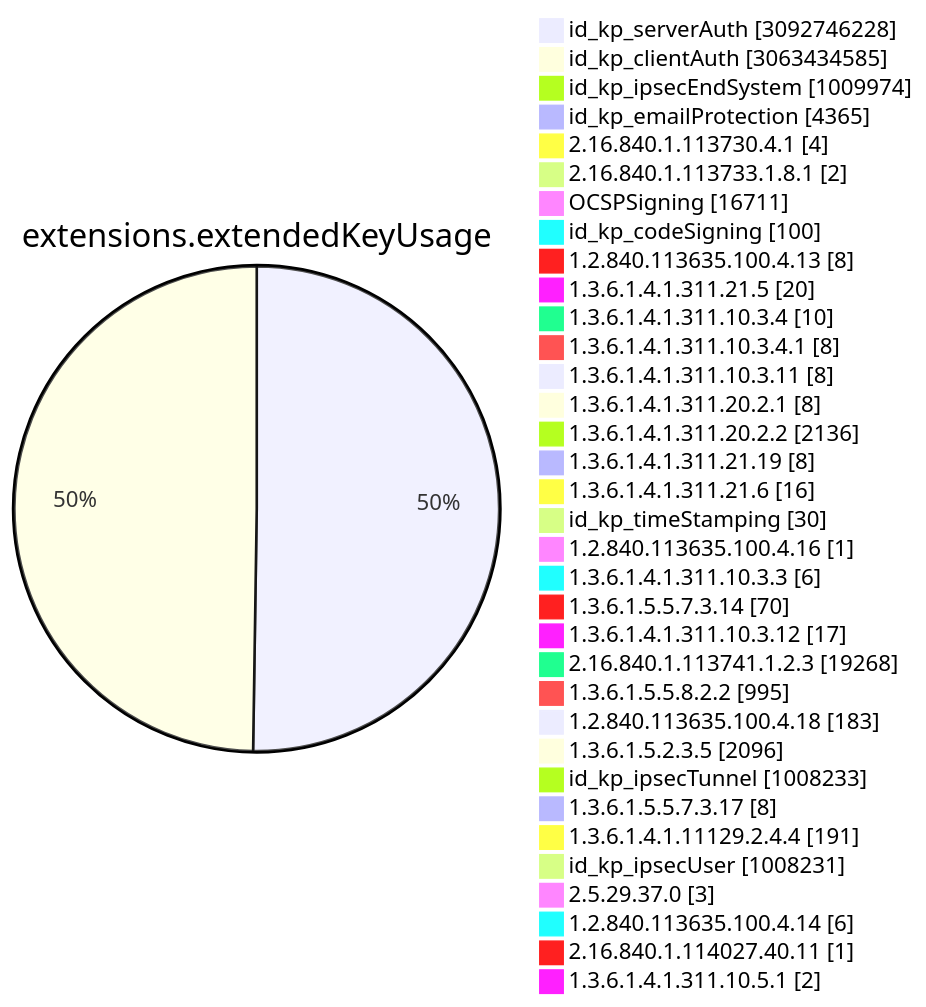
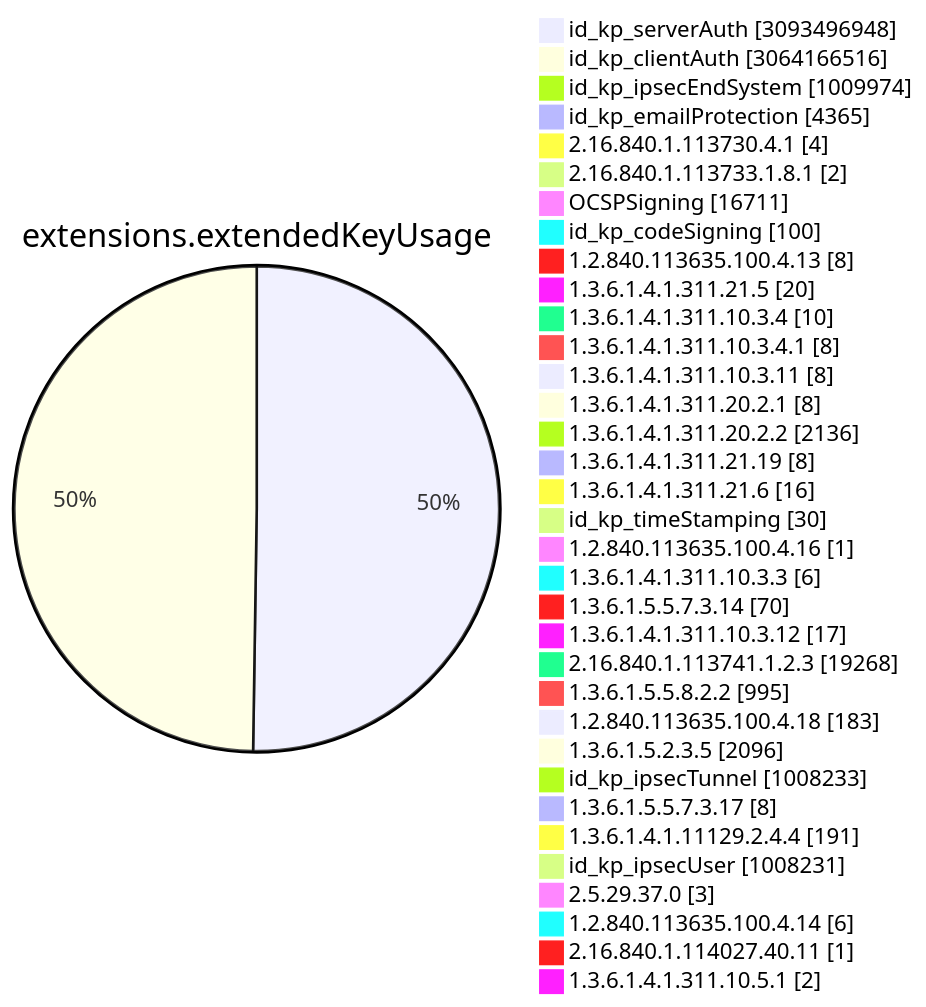
Diagram 11 of 15 in TOTAL/README.md (christiankrug/ctmonitor_visualization), drawn with Mermaid before and after one commit. The commit also changed other lines of this file, not shown here.

````diff
--- a/TOTAL/README.md
+++ b/TOTAL/README.md
@@ -4117,38 +4117,38 @@
 ```mermaid
 pie showData
 title extensions.extendedKeyUsage
-"id_kp_serverAuth" :3092746228
-"id_kp_clientAuth" :3063434585
+"id_kp_serverAuth" :3093496948
+"id_kp_clientAuth" :3064166516
 "id_kp_ipsecEndSystem" :1009974
 "id_kp_emailProtection" :4365
 "2.16.840.1.113730.4.1" :4
 "2.16.840.1.113733.1.8.1" :2
 "OCSPSigning" :16711
 "id_kp_codeSigning" :100
 "1.2.840.113635.100.4.13" :8
 "1.3.6.1.4.1.311.21.5" :20
 "1.3.6.1.4.1.311.10.3.4" :10
 "1.3.6.1.4.1.311.10.3.4.1" :8
 "1.3.6.1.4.1.311.10.3.11" :8
 "1.3.6.1.4.1.311.20.2.1" :8
 "1.3.6.1.4.1.311.20.2.2" :2136
 "1.3.6.1.4.1.311.21.19" :8
 "1.3.6.1.4.1.311.21.6" :16
 "id_kp_timeStamping" :30
 "1.2.840.113635.100.4.16" :1
 "1.3.6.1.4.1.311.10.3.3" :6
 "1.3.6.1.5.5.7.3.14" :70
 "1.3.6.1.4.1.311.10.3.12" :17
 "2.16.840.1.113741.1.2.3" :19268
 "1.3.6.1.5.5.8.2.2" :995
 "1.2.840.113635.100.4.18" :183
 "1.3.6.1.5.2.3.5" :2096
 "id_kp_ipsecTunnel" :1008233
 "1.3.6.1.5.5.7.3.17" :8
 "1.3.6.1.4.1.11129.2.4.4" :191
 "id_kp_ipsecUser" :1008231
 "2.5.29.37.0" :3
 "1.2.840.113635.100.4.14" :6
 "2.16.840.1.114027.40.11" :1
 "1.3.6.1.4.1.311.10.5.1" :2
 ```
````
